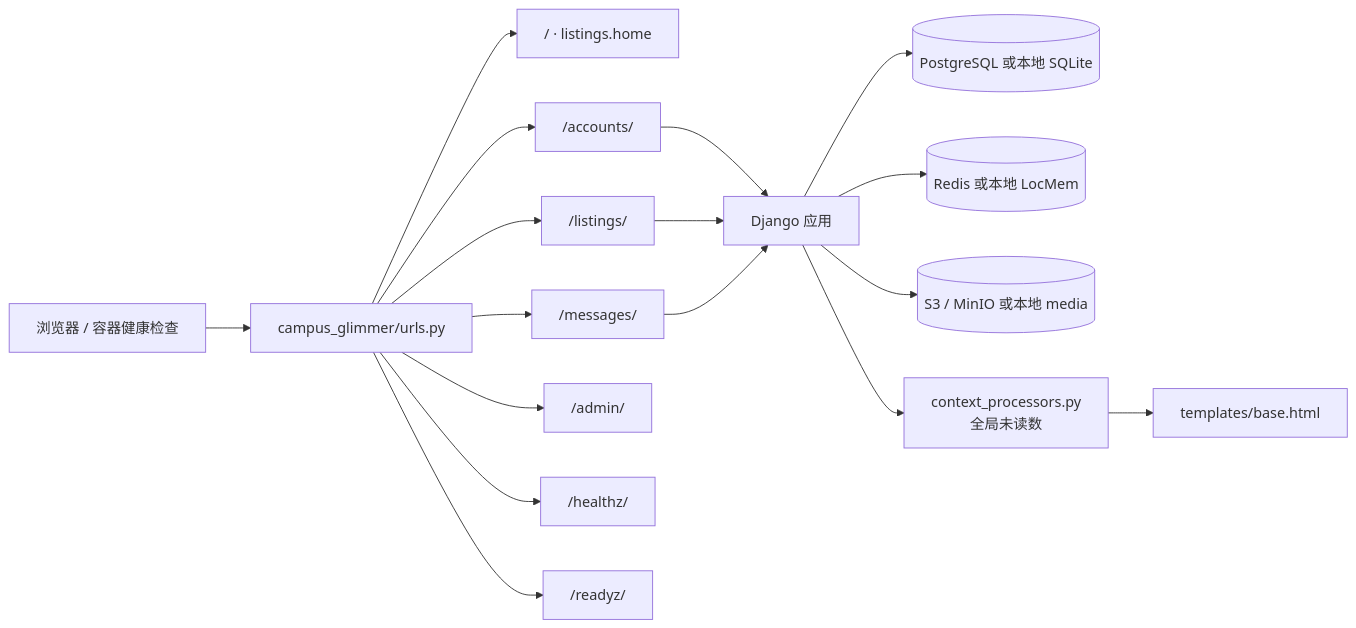
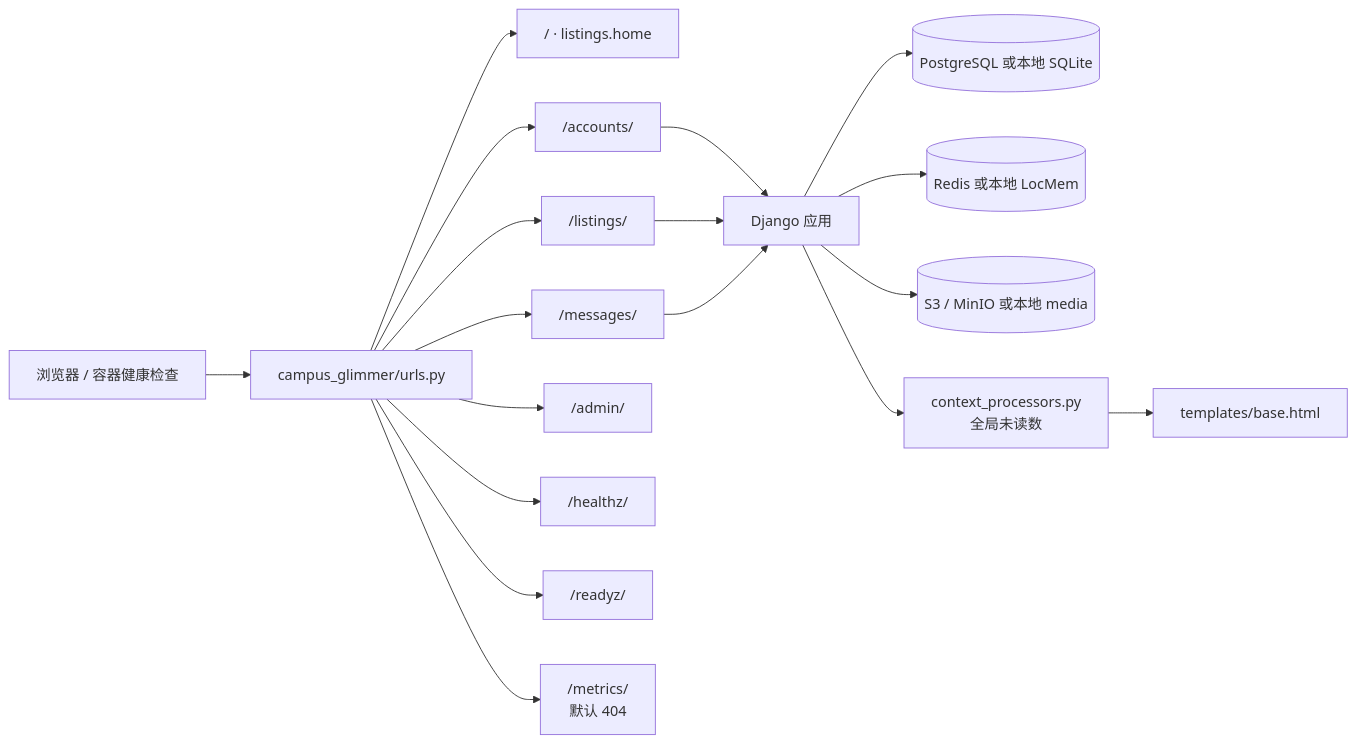
The first of 2 diagrams in campus_glimmer/README.md (strawberry-little-bear/campus_glimmer), drawn with Mermaid before and after one commit. The commit also changed other lines of this file and 6 other files, not shown here.

First line of the commit message:
docs: 同步 /metrics/ 口径到部署、容器、路线图与模块地图

````diff
--- a/campus_glimmer/README.md
+++ b/campus_glimmer/README.md
@@ -24,19 +24,20 @@
 ```mermaid
 flowchart LR
     Browser["浏览器 / 容器健康检查"] --> URL["campus_glimmer/urls.py"]
     URL --> Home["/ · listings.home"]
     URL --> Accounts["/accounts/"]
     URL --> Listings["/listings/"]
     URL --> Messages["/messages/"]
     URL --> Admin["/admin/"]
     URL --> Health["/healthz/"]
     URL --> Ready["/readyz/"]
+    URL --> Metrics["/metrics/<br/>默认 404"]
     Accounts --> Django["Django 应用"]
     Listings --> Django
     Messages --> Django
     Django --> DB[("PostgreSQL 或本地 SQLite")]
     Django --> Cache[("Redis 或本地 LocMem")]
     Django --> Objects[("S3 / MinIO 或本地 media")]
     Django --> Context["context_processors.py<br/>全局未读数"]
     Context --> Templates["templates/base.html"]
 ```
````
